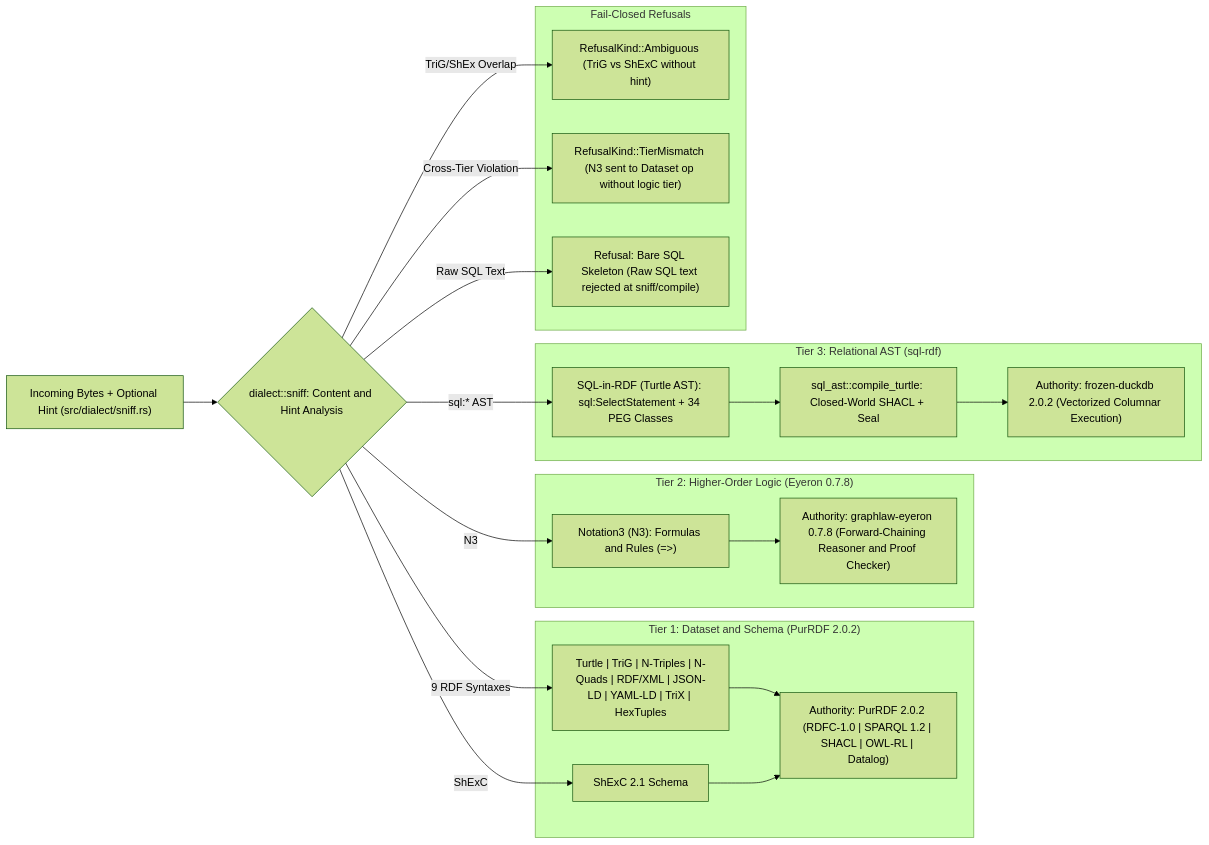
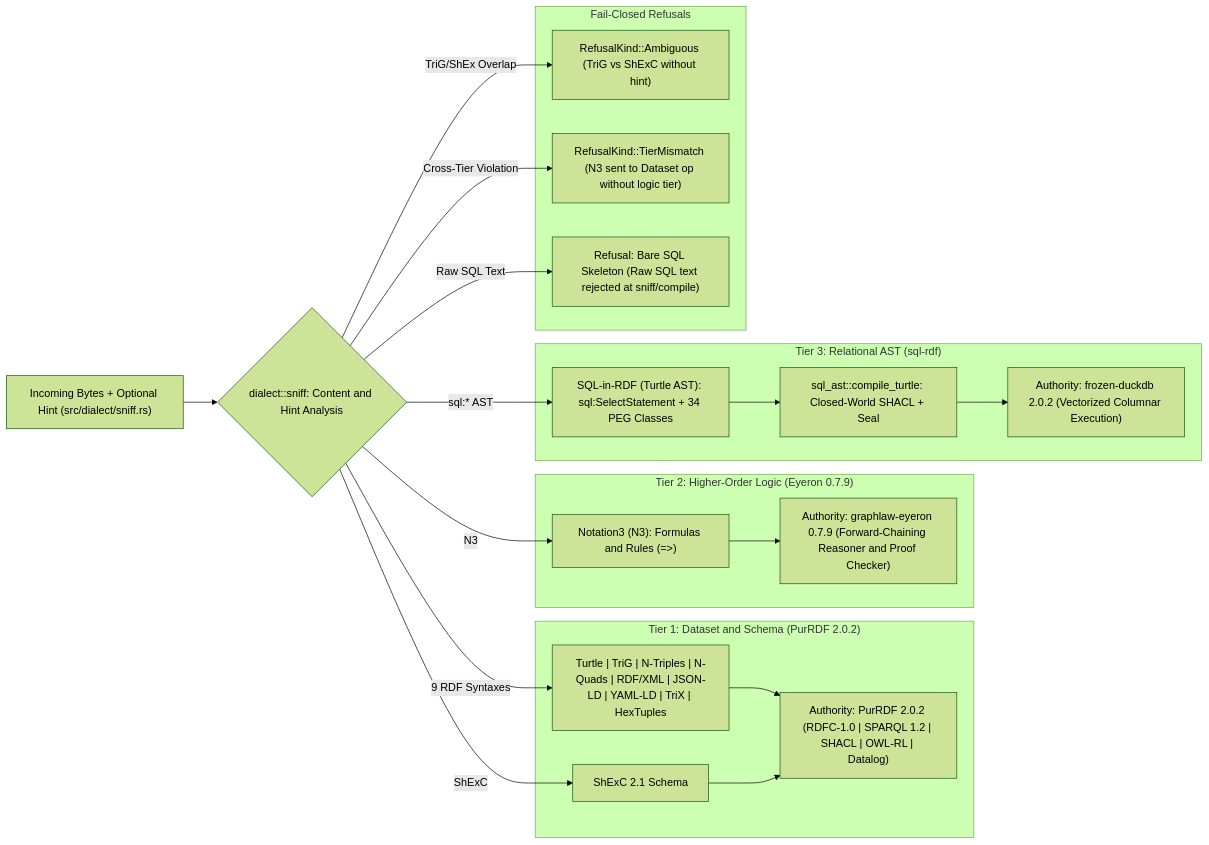
Before and after one commit to seanchatmangpt/graphlaw: the second of 28 diagrams in docs/PHD_THESIS_GRAPHLAW_WASM_SQLRDF.md, drawn with Mermaid (forest theme). The commit also changed other lines of this file and 27 other files, not shown here.

````diff
--- a/docs/PHD_THESIS_GRAPHLAW_WASM_SQLRDF.md
+++ b/docs/PHD_THESIS_GRAPHLAW_WASM_SQLRDF.md
@@ -192,41 +192,41 @@
 ```mermaid
 flowchart LR
     Input["Incoming Bytes + Optional Hint (src/dialect/sniff.rs)"]
     Sniff{"dialect::sniff: Content and Hint Analysis"}
     Input --> Sniff
 
     subgraph DatasetTier["Tier 1: Dataset and Schema (PurRDF 2.0.2)"]
         RDF["Turtle | TriG | N-Triples | N-Quads | RDF/XML | JSON-LD | YAML-LD | TriX | HexTuples"]
         ShEx["ShExC 2.1 Schema"]
         PurRDF["Authority: PurRDF 2.0.2 (RDFC-1.0 | SPARQL 1.2 | SHACL | OWL-RL | Datalog)"]
         RDF --> PurRDF
         ShEx --> PurRDF
     end
 
-    subgraph LogicTier["Tier 2: Higher-Order Logic (Eyeron 0.7.8)"]
+    subgraph LogicTier["Tier 2: Higher-Order Logic (Eyeron 0.7.9)"]
         N3["Notation3 (N3): Formulas and Rules (=>)"]
-        Eyeron["Authority: graphlaw-eyeron 0.7.8 (Forward-Chaining Reasoner and Proof Checker)"]
+        Eyeron["Authority: graphlaw-eyeron 0.7.9 (Forward-Chaining Reasoner and Proof Checker)"]
         N3 --> Eyeron
     end
 
     subgraph RelationalTier["Tier 3: Relational AST (sql-rdf)"]
         SqlRdf["SQL-in-RDF (Turtle AST): sql:SelectStatement + 34 PEG Classes"]
         Compiler["sql_ast::compile_turtle: Closed-World SHACL + Seal"]
         DuckDB["Authority: frozen-duckdb 2.0.2 (Vectorized Columnar Execution)"]
         SqlRdf --> Compiler --> DuckDB
     end
 
     subgraph RefusalSurface["Fail-Closed Refusals"]
         Ambig["RefusalKind::Ambiguous (TriG vs ShExC without hint)"]
         TierMismatch["RefusalKind::TierMismatch (N3 sent to Dataset op without logic tier)"]
         BareSql["Refusal: Bare SQL Skeleton (Raw SQL text rejected at sniff/compile)"]
     end
 
     Sniff -->|9 RDF Syntaxes| RDF
     Sniff -->|ShExC| ShEx
     Sniff -->|N3| N3
     Sniff -->|sql:* AST| SqlRdf
     Sniff -->|TriG/ShEx Overlap| Ambig
     Sniff -->|Cross-Tier Violation| TierMismatch
     Sniff -->|Raw SQL Text| BareSql
 ```
````
